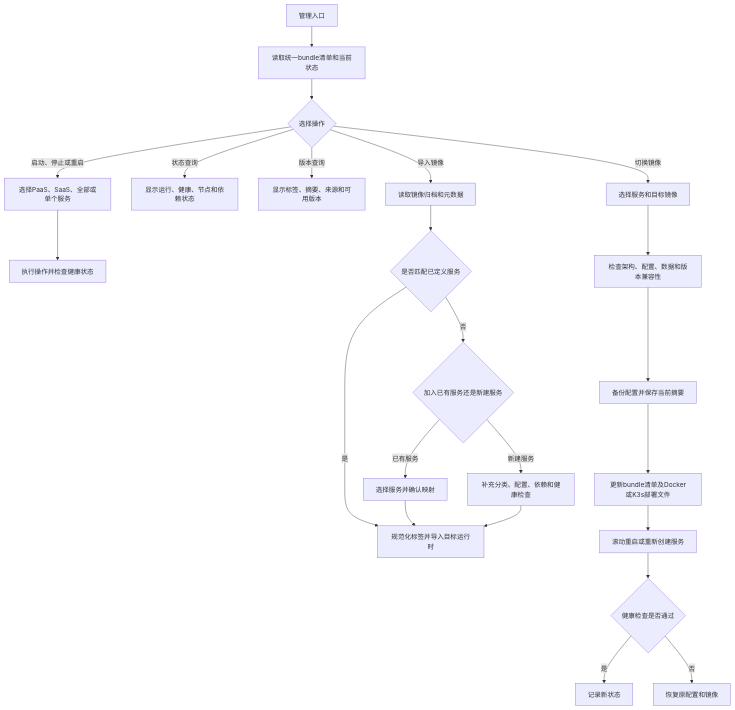
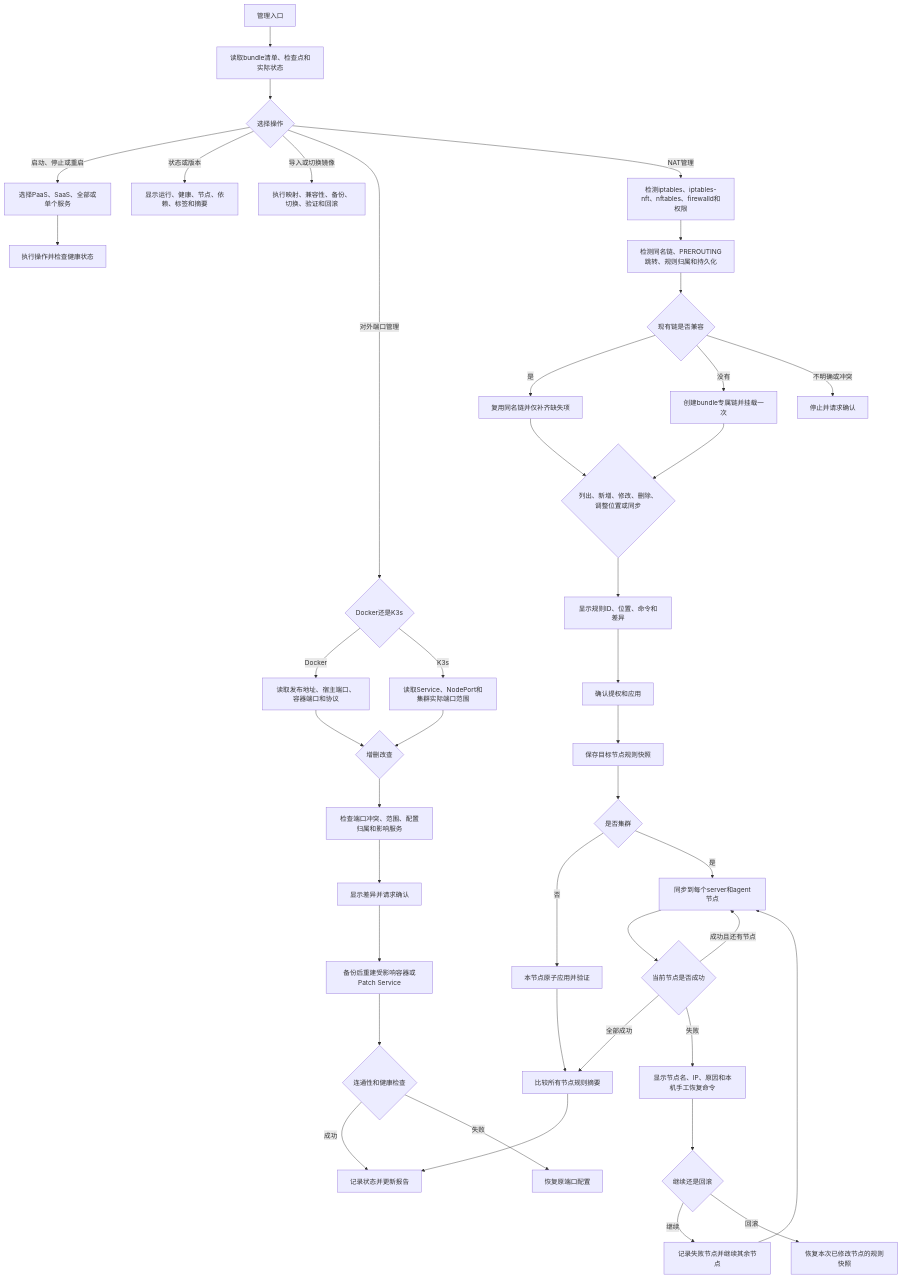
One commit to tanqizhi/my_skill changed the third of 3 diagrams in skills/build-docker-k3s-bundles/references/workflow.md. Above: the diagram before and after it, drawn with Mermaid. The commit also changed other lines of this file and 6 other files, not shown here.

````diff
--- a/skills/build-docker-k3s-bundles/references/workflow.md
+++ b/skills/build-docker-k3s-bundles/references/workflow.md
@@ -95,29 +152,48 @@
 ```mermaid
 flowchart TB
-    START[管理入口] --> LOAD[读取统一bundle清单和当前状态]
+    START[管理入口] --> LOAD[读取bundle清单、检查点和实际状态]
     LOAD --> ACTION{选择操作}
 
     ACTION -->|启动、停止或重启| GROUP[选择PaaS、SaaS、全部或单个服务]
     GROUP --> EXECUTE[执行操作并检查健康状态]
+    ACTION -->|状态或版本| STATUS[显示运行、健康、节点、依赖、标签和摘要]
+    ACTION -->|导入或切换镜像| IMAGE_MANAGE[执行映射、兼容性、备份、切换、验证和回滚]
 
-    ACTION -->|状态查询| STATUS[显示运行、健康、节点和依赖状态]
-    ACTION -->|版本查询| VERSION[显示标签、摘要、来源和可用版本]
+    ACTION -->|对外端口管理| EXPOSURE_TARGET{Docker还是K3s}
+    EXPOSURE_TARGET -->|Docker| DOCKER_PORTS[读取发布地址、宿主端口、容器端口和协议]
+    EXPOSURE_TARGET -->|K3s| NODE_PORTS[读取Service、NodePort和集群实际端口范围]
+    DOCKER_PORTS --> EXPOSURE_CRUD{增删改查}
+    NODE_PORTS --> EXPOSURE_CRUD
+    EXPOSURE_CRUD --> EXPOSURE_PRECHECK[检查端口冲突、范围、配置归属和影响服务]
+    EXPOSURE_PRECHECK --> EXPOSURE_PREVIEW[显示差异并请求确认]
+    EXPOSURE_PREVIEW --> EXPOSURE_APPLY[备份后重建受影响容器或Patch Service]
+    EXPOSURE_APPLY --> EXPOSURE_VERIFY{连通性和健康检查}
+    EXPOSURE_VERIFY -->|成功| COMPLETE[记录状态并更新报告]
+    EXPOSURE_VERIFY -->|失败| EXPOSURE_ROLLBACK[恢复原端口配置]
 
-    ACTION -->|导入镜像| IMPORT[读取镜像归档和元数据]
-    IMPORT --> MATCH{是否匹配已定义服务}
-    MATCH -->|是| NORMALIZE[规范化标签并导入目标运行时]
-    MATCH -->|否| ASK_TARGET{加入已有服务还是新建服务}
-    ASK_TARGET -->|已有服务| SELECT_SERVICE[选择服务并确认映射]
-    ASK_TARGET -->|新建服务| CREATE_SERVICE[补充分类、配置、依赖和健康检查]
-    SELECT_SERVICE --> NORMALIZE
-    CREATE_SERVICE --> NORMALIZE
-
-    ACTION -->|切换镜像| SELECT_IMAGE[选择服务和目标镜像]
-    SELECT_IMAGE --> COMPATIBILITY[检查架构、配置、数据和版本兼容性]
-    COMPATIBILITY --> BACKUP[备份配置并保存当前摘要]
-    BACKUP --> UPDATE[更新bundle清单及Docker或K3s部署文件]
-    UPDATE --> RESTART[滚动重启或重新创建服务]
-    RESTART --> HEALTH{健康检查是否通过}
-    HEALTH -->|是| COMPLETE[记录新状态]
-    HEALTH -->|否| ROLLBACK[恢复原配置和镜像]
+    ACTION -->|NAT管理| FW_PREFLIGHT[检测iptables、iptables-nft、nftables、firewalld和权限]
+    FW_PREFLIGHT --> FW_DISCOVER[检测同名链、PREROUTING跳转、规则归属和持久化]
+    FW_DISCOVER --> FW_COMPATIBLE{现有链是否兼容}
+    FW_COMPATIBLE -->|是| FW_REUSE[复用同名链并仅补齐缺失项]
+    FW_COMPATIBLE -->|没有| FW_CREATE[创建bundle专属链并挂载一次]
+    FW_COMPATIBLE -->|不明确或冲突| FW_STOP[停止并请求确认]
+    FW_REUSE --> FW_CRUD
+    FW_CREATE --> FW_CRUD
+    FW_CRUD{列出、新增、修改、删除、调整位置或同步}
+    FW_CRUD --> FW_PREVIEW[显示规则ID、位置、命令和差异]
+    FW_PREVIEW --> FW_CONFIRM[确认提权和应用]
+    FW_CONFIRM --> FW_SNAPSHOT[保存目标节点规则快照]
+    FW_SNAPSHOT --> FW_CLUSTER{是否集群}
+    FW_CLUSTER -->|否| FW_APPLY[本节点原子应用并验证]
+    FW_CLUSTER -->|是| FW_ALL_NODES[同步到每个server和agent节点]
+    FW_ALL_NODES --> NODE_RESULT{当前节点是否成功}
+    NODE_RESULT -->|成功且还有节点| FW_ALL_NODES
+    NODE_RESULT -->|全部成功| FW_VERIFY[比较所有节点规则摘要]
+    NODE_RESULT -->|失败| NODE_PROMPT[显示节点名、IP、原因和本机手工恢复命令]
+    NODE_PROMPT --> DECISION{继续还是回滚}
+    DECISION -->|继续| FW_CONTINUE[记录失败节点并继续其余节点]
+    FW_CONTINUE --> FW_ALL_NODES
+    DECISION -->|回滚| FW_ROLLBACK[恢复本次已修改节点的规则快照]
+    FW_APPLY --> FW_VERIFY
+    FW_VERIFY --> COMPLETE
 ```
````
